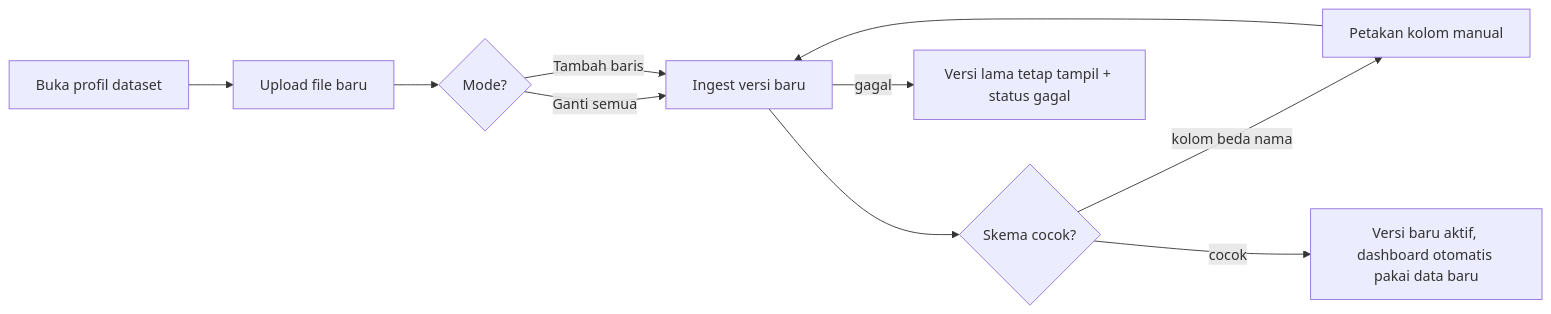
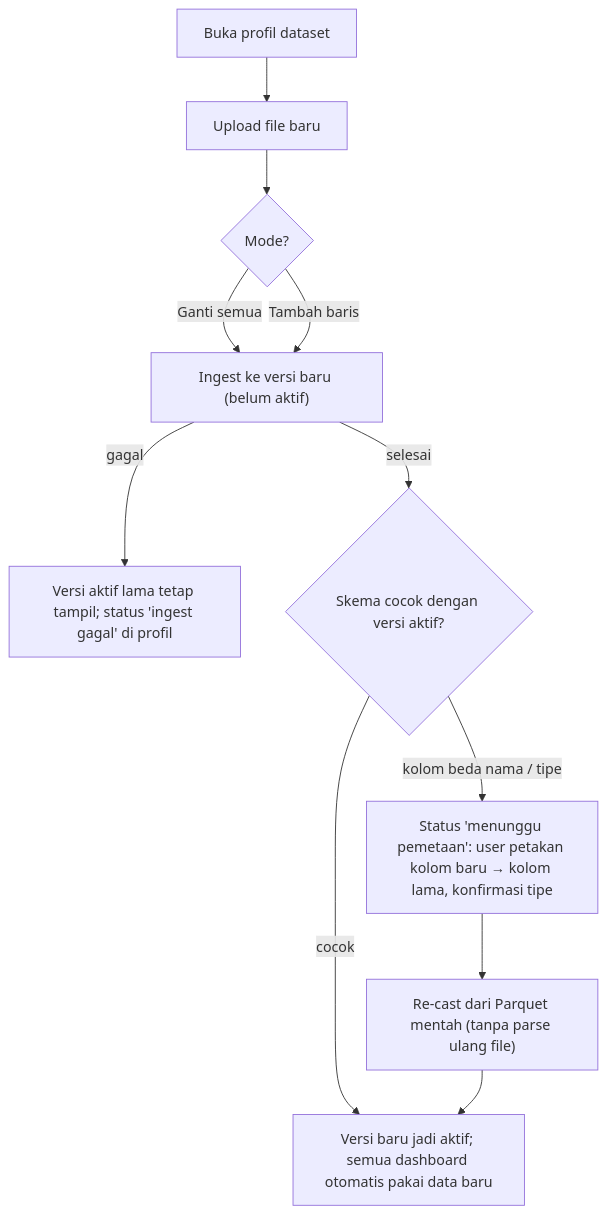
The fourth of 9 diagrams in docs/flow-kerja.md (anas-fikri/data-dashboard), drawn with Mermaid before and after one commit. The commit also changed other lines of this file and 10 other files, not shown here.

Commit message:
docs: revisi 2 flow kerja — koreksi refresh, validasi CSV, raw+typed Parquet, cache per versi; tambah T-018 admin pengguna

````diff
--- a/docs/flow-kerja.md
+++ b/docs/flow-kerja.md
@@ -60,11 +82,13 @@
 ```mermaid
-flowchart LR
-  P[Buka profil dataset] --> U2[Upload file baru]
-  U2 --> M{Mode?}
-  M -->|Ganti semua| I[Ingest versi baru]
+flowchart TD
+  P["Buka profil dataset"] --> U2["Upload file baru"]
+  U2 --> M{"Mode?"}
+  M -->|Ganti semua| I["Ingest ke versi baru (belum aktif)"]
   M -->|Tambah baris| I
-  I --> K{Skema cocok?}
-  K -->|kolom beda nama| MP[Petakan kolom manual] --> I
-  K -->|cocok| AK[Versi baru aktif, dashboard otomatis pakai data baru]
-  I -->|gagal| OLD[Versi lama tetap tampil + status gagal]
+  I -->|gagal| OLD["Versi aktif lama tetap tampil; status 'ingest gagal' di profil"]
+  I -->|selesai| K{"Skema cocok dengan versi aktif?"}
+  K -->|cocok| AK["Versi baru jadi aktif; semua dashboard otomatis pakai data baru"]
+  K -->|kolom beda nama / tipe| MP["Status 'menunggu pemetaan': user petakan kolom baru → kolom lama, konfirmasi tipe"]
+  MP --> RC["Re-cast dari Parquet mentah (tanpa parse ulang file)"]
+  RC --> AK
 ```
````
